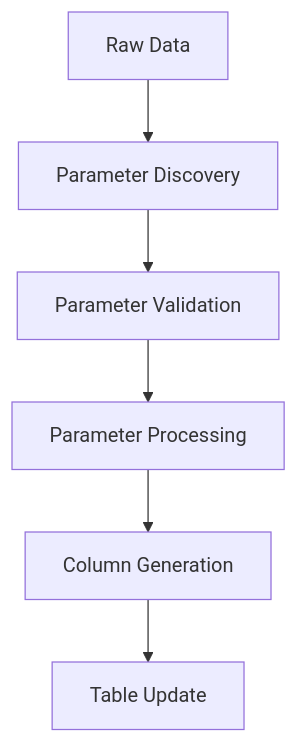
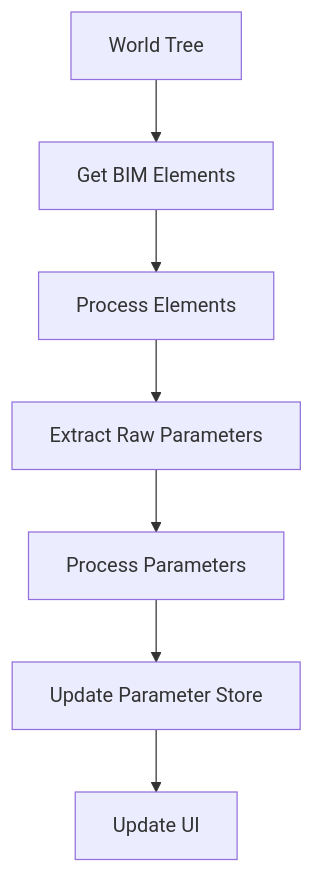
The third of 3 diagrams in packages/server/parameter-system-architecture.md (aandriuss/Agmify-v2), drawn with Mermaid before and after one commit. The commit also changed other lines of this file and 19 other files, not shown here.

````diff
--- a/packages/server/parameter-system-architecture.md
+++ b/packages/server/parameter-system-architecture.md
@@ -87,8 +135,9 @@
 ```mermaid
 graph TD
-    A[Raw Data] --> B[Parameter Discovery]
-    B --> C[Parameter Validation]
-    C --> D[Parameter Processing]
-    D --> E[Column Generation]
-    E --> F[Table Update]
+    A[World Tree] --> B[Get BIM Elements]
+    B --> C[Process Elements]
+    C --> D[Extract Raw Parameters]
+    D --> E[Process Parameters]
+    E --> F[Update Parameter Store]
+    F --> G[Update UI]
 ```
````
